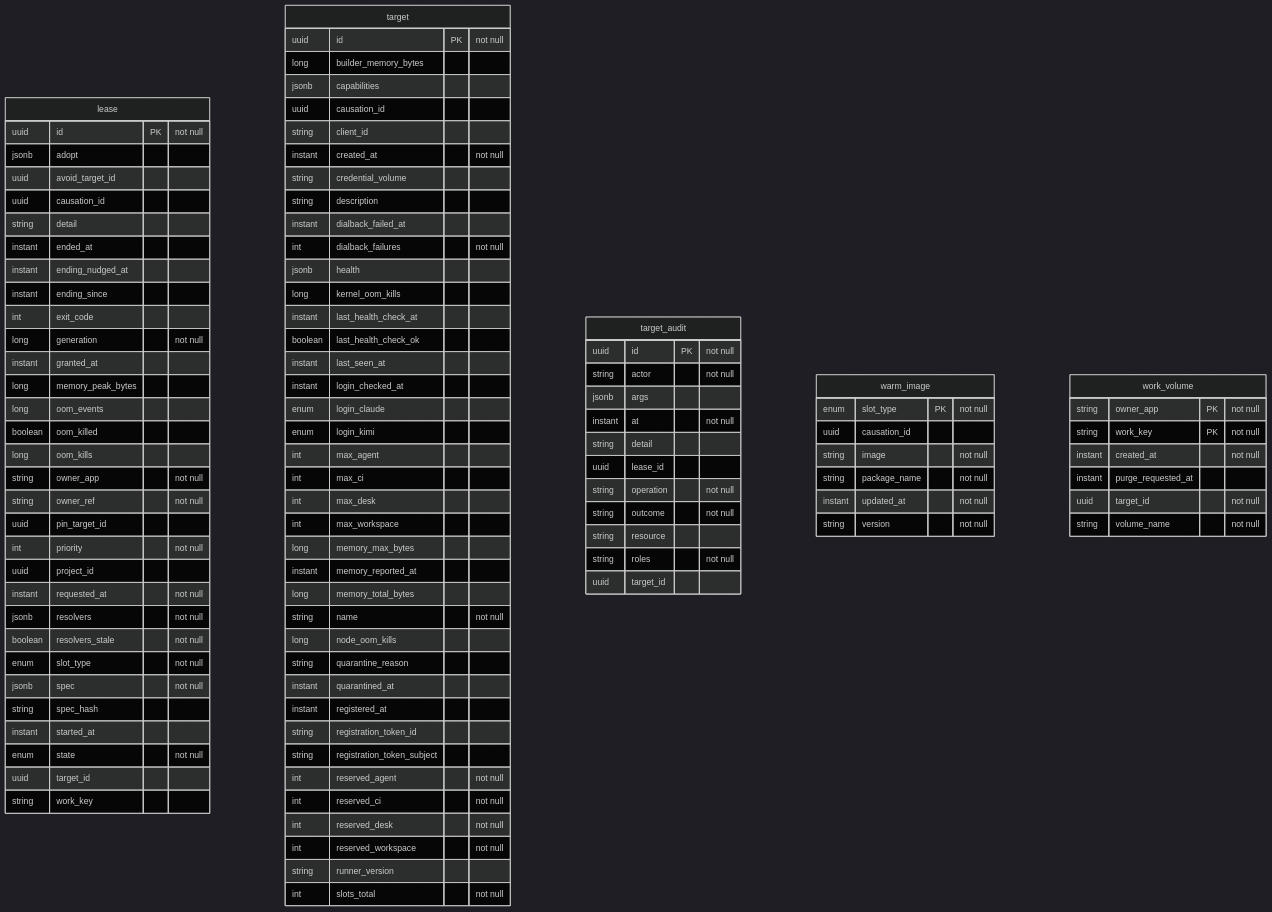
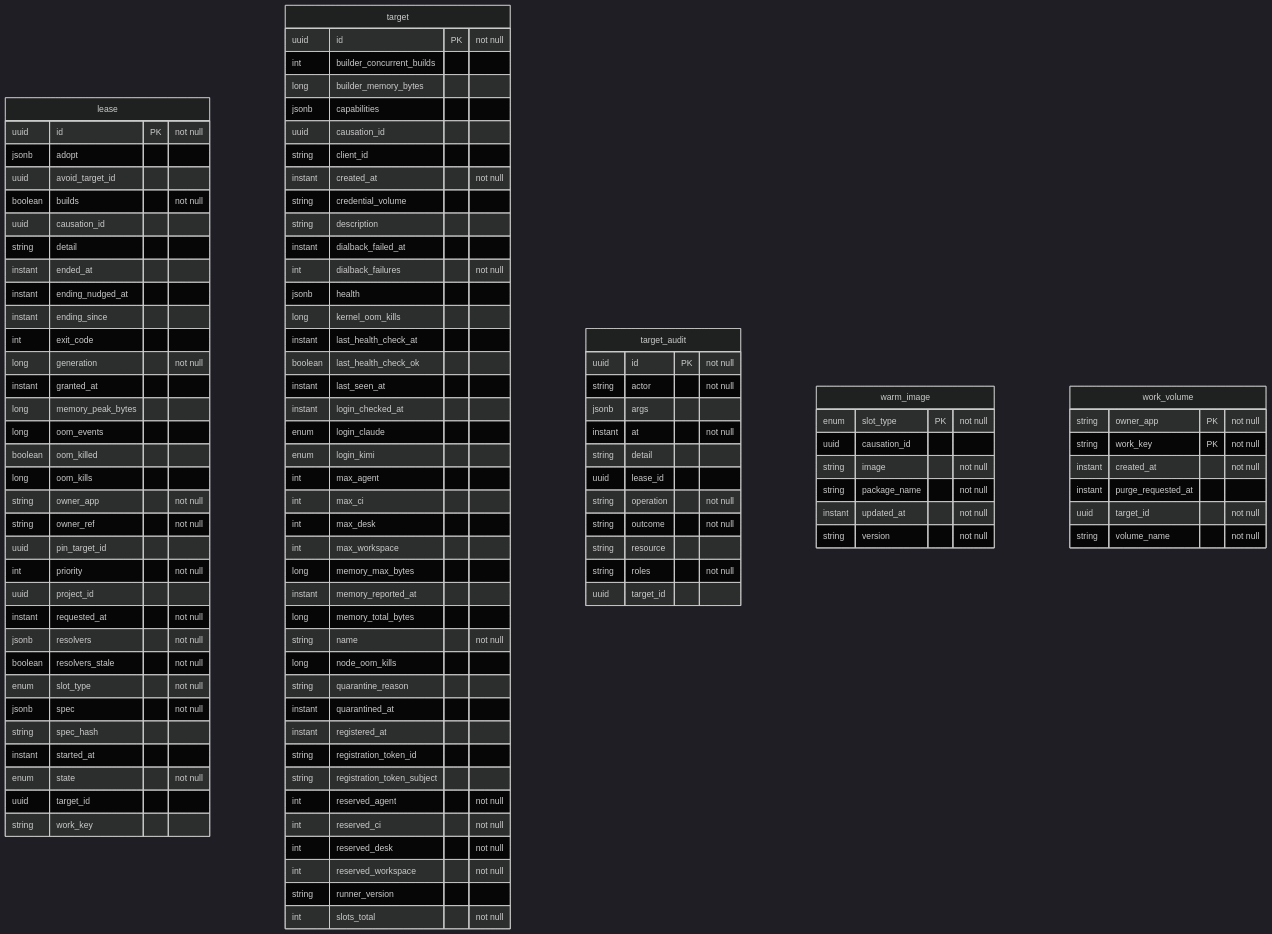
Before and after one commit to QuicklyIterateTheSoftware/qits-system-service: the diagram in docs/database/system.md, drawn with Mermaid (dark theme).

Commit message:
chore(qits-2568): update entity diagram

```diff
--- a/docs/database/system.md
+++ b/docs/database/system.md
@@ -10,6 +10,7 @@
     uuid id PK "not null"
     jsonb adopt
     uuid avoid_target_id
+    boolean builds "not null"
     uuid causation_id
     string detail
     instant ended_at
@@ -41,6 +42,7 @@
   %% target: eu.wohlben.qits.system.targets.entity.Target (targets)
   target {
     uuid id PK "not null"
+    int builder_concurrent_builds
     long builder_memory_bytes
     jsonb capabilities
     uuid causation_id
```
